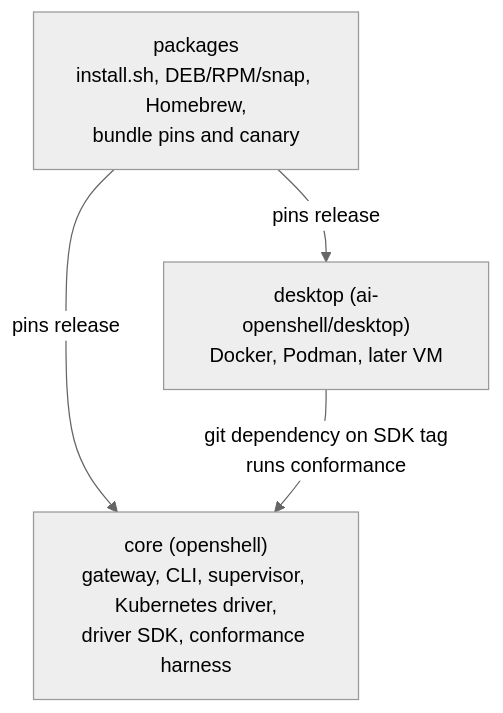
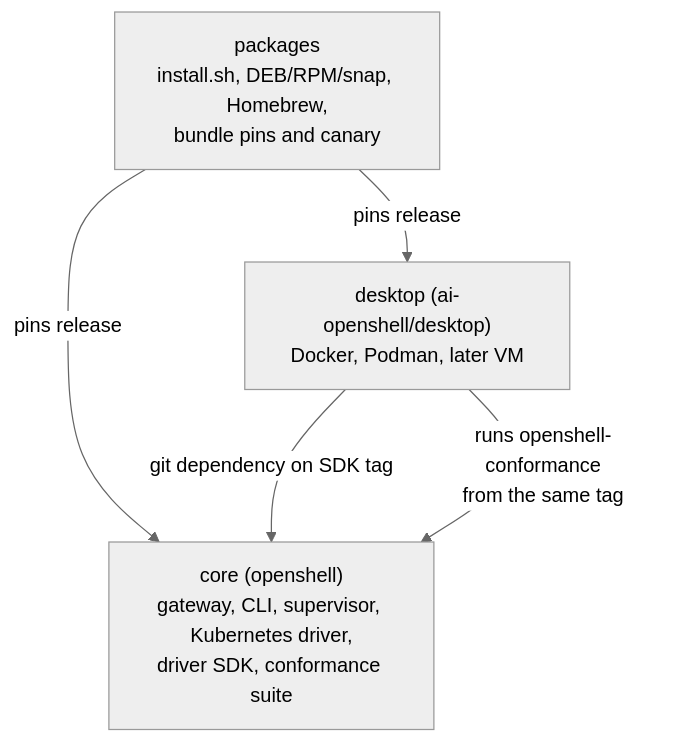
The first of 2 diagrams in rfc/0022-desktop-driver-migration/README.md (NVIDIA/OpenShell), drawn with Mermaid (neutral theme) before and after one commit. The commit also changed other lines of this file, not shown here.

Commit message:
docs(rfc): describe conformance as the openshell-conformance program

````diff
--- a/rfc/0022-desktop-driver-migration/README.md
+++ b/rfc/0022-desktop-driver-migration/README.md
@@ -105,9 +107,10 @@
 ```mermaid
 graph TD
     P["packages<br/>install.sh, DEB/RPM/snap, Homebrew,<br/>bundle pins and canary"]
-    C["core (openshell)<br/>gateway, CLI, supervisor, Kubernetes driver,<br/>driver SDK, conformance harness"]
+    C["core (openshell)<br/>gateway, CLI, supervisor, Kubernetes driver,<br/>driver SDK, conformance suite"]
     D["desktop (ai-openshell/desktop)<br/>Docker, Podman, later VM"]
     P -->|pins release| C
     P -->|pins release| D
-    D -->|"git dependency on SDK tag<br/>runs conformance"| C
+    D -->|"git dependency on SDK tag"| C
+    D -->|"runs openshell-conformance<br/>from the same tag"| C
 ```
````
